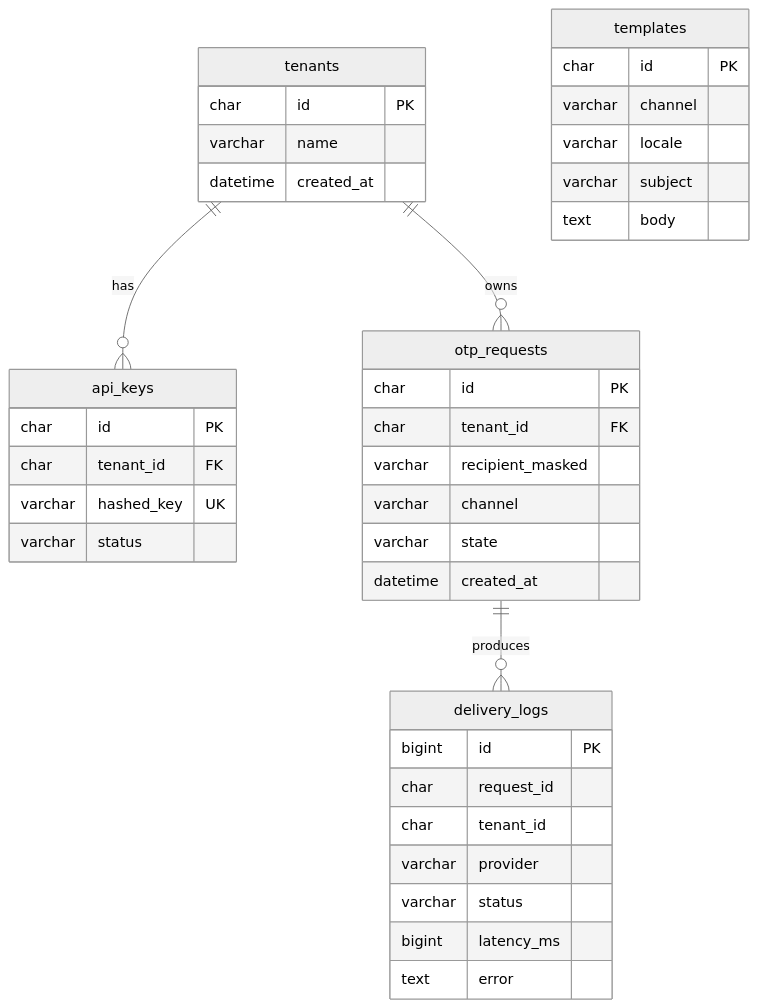
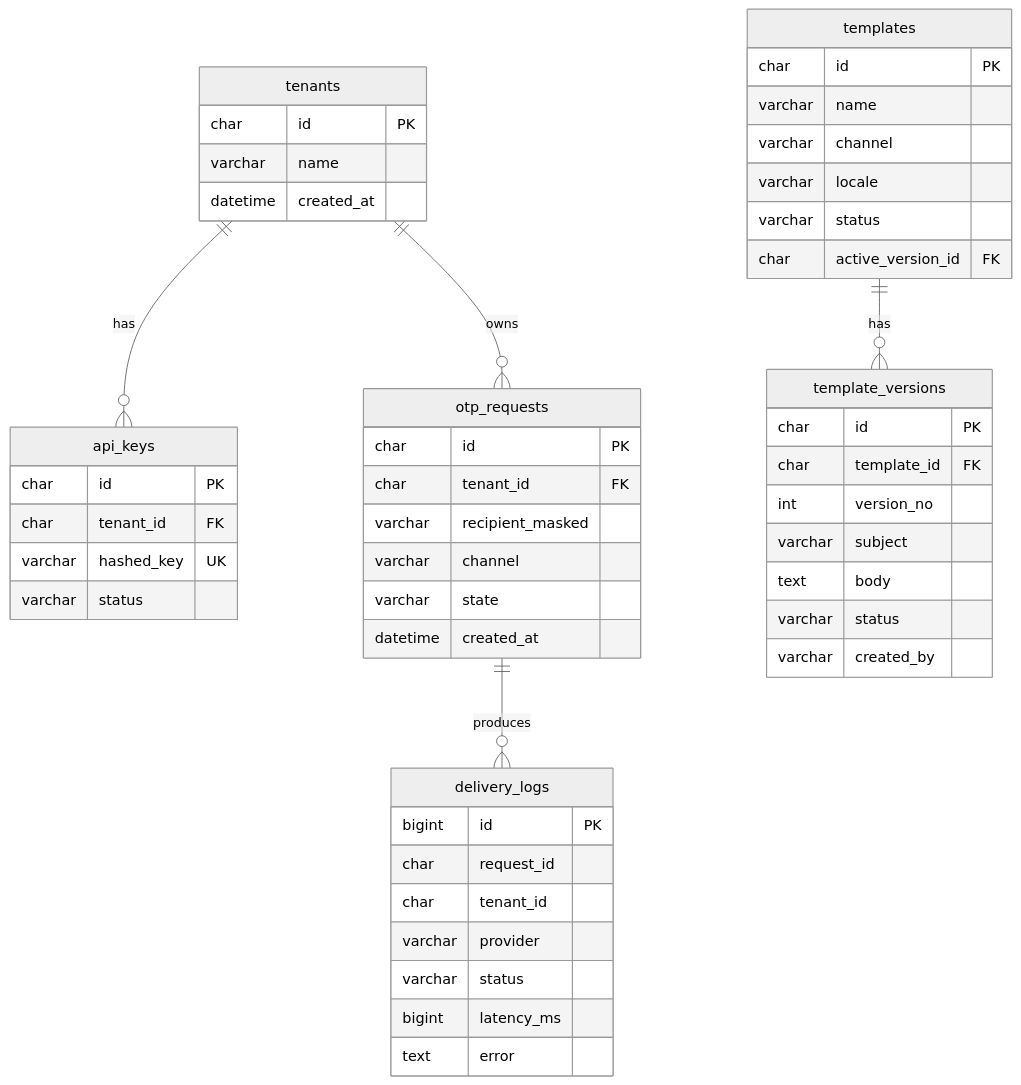
One commit to DiiKhanh/worklane changed the fifth of 6 diagrams in docs/architecture.md. Above: the diagram before and after it, drawn with Mermaid (neutral theme). The commit also changed other lines of this file and 1 other file, not shown here.

Commit message:
docs: Template Studio data model + dispatcher read path; roadmap A shipped

````diff
--- a/docs/architecture.md
+++ b/docs/architecture.md
@@ -183,42 +183,53 @@
 ```mermaid
 erDiagram
     tenants ||--o{ api_keys : "has"
     tenants ||--o{ otp_requests : "owns"
     otp_requests ||--o{ delivery_logs : "produces"
+    templates ||--o{ template_versions : "has"
 
     tenants {
         char id PK
         varchar name
         datetime created_at
     }
     api_keys {
         char id PK
         char tenant_id FK
         varchar hashed_key UK
         varchar status
     }
     otp_requests {
         char id PK
         char tenant_id FK
         varchar recipient_masked
         varchar channel
         varchar state
         datetime created_at
     }
     delivery_logs {
         bigint id PK
         char request_id
         char tenant_id
         varchar provider
         varchar status
         bigint latency_ms
         text error
     }
     templates {
         char id PK
+        varchar name
         varchar channel
         varchar locale
+        varchar status
+        char active_version_id FK
+    }
+    template_versions {
+        char id PK
+        char template_id FK
+        int version_no
         varchar subject
         text body
+        varchar status
+        varchar created_by
     }
 ```
````
